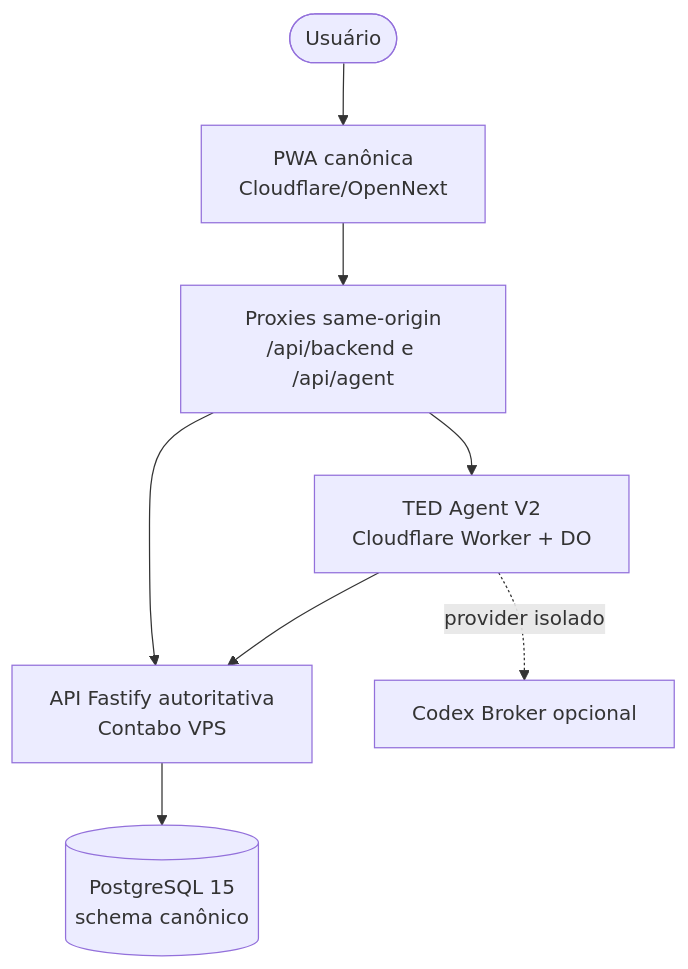
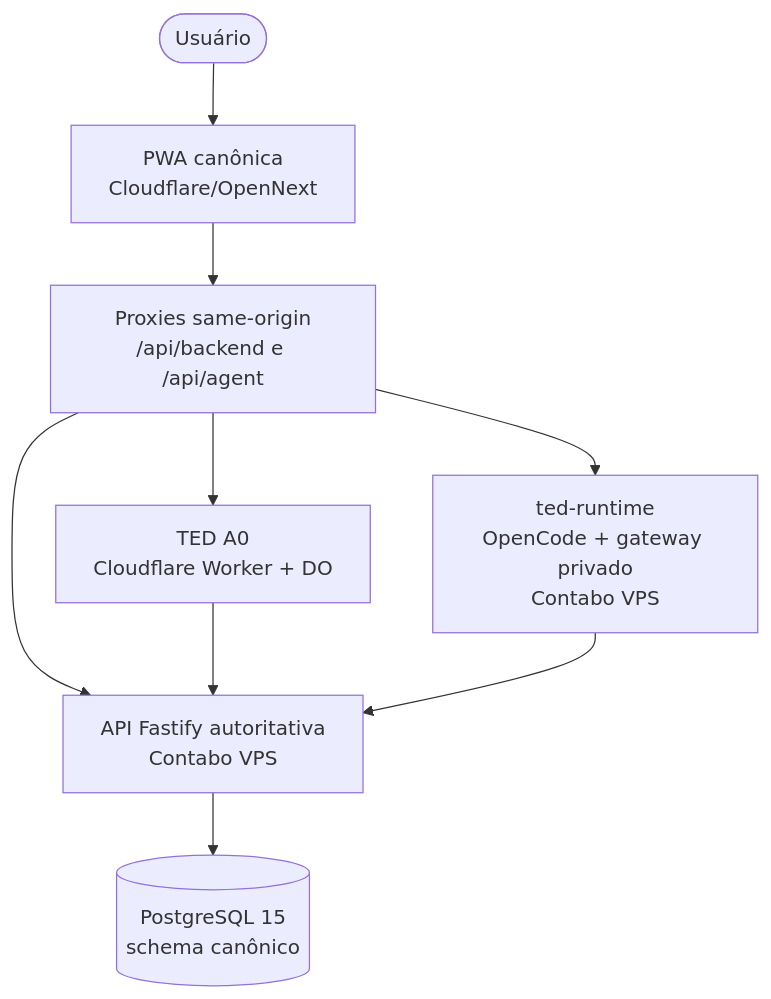
Before and after one commit to kust-projetos/meu-ted: the diagram in docs/ARCHITECTURE-CURRENT.md, drawn with Mermaid. The commit also changed other lines of this file and 60 other files, not shown here.

Commit message:
chore(arch): consolidate OpenCode-first and remove obsolete broker

````diff
--- a/docs/ARCHITECTURE-CURRENT.md
+++ b/docs/ARCHITECTURE-CURRENT.md
@@ -8,10 +8,11 @@
 ```mermaid
 graph TD
     User([Usuário]) --> PWA[PWA canônica<br/>Cloudflare/OpenNext]
     PWA --> Proxy[Proxies same-origin<br/>/api/backend e /api/agent]
     Proxy --> API[API Fastify autoritativa<br/>Contabo VPS]
-    Proxy --> Agent[TED Agent V2<br/>Cloudflare Worker + DO]
-    Agent --> API
-    Agent -. provider isolado .-> Broker[Codex Broker opcional]
+    Proxy --> A0[TED A0<br/>Cloudflare Worker + DO]
+    Proxy --> OC[ted-runtime<br/>OpenCode + gateway privado<br/>Contabo VPS]
+    A0 --> API
+    OC --> API
     API --> Postgres[(PostgreSQL 15<br/>schema canônico)]
 ```
````
